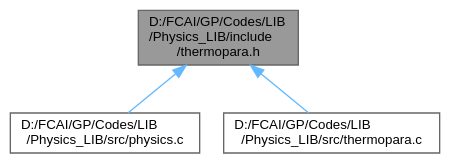
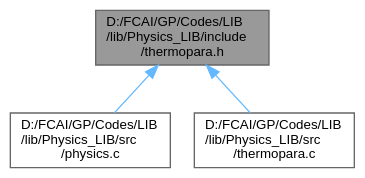
The diagram in thermopara_8h__dep__incl.dot (Computational-science-based-on-HPC/Computational-science-based-on-HPC.github.i), drawn with Graphviz before and after one commit. The commit also changed 103 other files, not shown here.

```diff
--- a/thermopara_8h__dep__incl.dot
+++ b/thermopara_8h__dep__incl.dot
@@ -1,12 +1,12 @@
-digraph "D:/FCAI/GP/Codes/LIB/Physics_LIB/include/thermopara.h"
+digraph "D:/FCAI/GP/Codes/LIB/lib/Physics_LIB/include/thermopara.h"
 {
  // LATEX_PDF_SIZE
   bgcolor="transparent";
   edge [fontname=Helvetica,fontsize=10,labelfontname=Helvetica,labelfontsize=10];
   node [fontname=Helvetica,fontsize=10,shape=box,height=0.2,width=0.4];
-  Node1 [id="Node000001",label="D:/FCAI/GP/Codes/LIB\l/Physics_LIB/include\l/thermopara.h",height=0.2,width=0.4,color="gray40", fillcolor="grey60", style="filled", fontcolor="black",tooltip=" "];
+  Node1 [id="Node000001",label="D:/FCAI/GP/Codes/LIB\l/lib/Physics_LIB/include\l/thermopara.h",height=0.2,width=0.4,color="gray40", fillcolor="grey60", style="filled", fontcolor="black",tooltip="This file contains the implementation of the parallel version of the heat transfer simulation in 1D a..."];
   Node1 -> Node2 [id="edge1_Node000001_Node000002",dir="back",color="steelblue1",style="solid",tooltip=" "];
-  Node2 [id="Node000002",label="D:/FCAI/GP/Codes/LIB\l/Physics_LIB/src/physics.c",height=0.2,width=0.4,color="grey40", fillcolor="white", style="filled",URL="$physics_8c.html",tooltip="This file contains collection of all simulations calls."];
+  Node2 [id="Node000002",label="D:/FCAI/GP/Codes/LIB\l/lib/Physics_LIB/src\l/physics.c",height=0.2,width=0.4,color="grey40", fillcolor="white", style="filled",URL="$physics_8c.html",tooltip="This file contains collection of all simulations calls."];
   Node1 -> Node3 [id="edge2_Node000001_Node000003",dir="back",color="steelblue1",style="solid",tooltip=" "];
-  Node3 [id="Node000003",label="D:/FCAI/GP/Codes/LIB\l/Physics_LIB/src/thermopara.c",height=0.2,width=0.4,color="grey40", fillcolor="white", style="filled",URL="$thermopara_8c.html",tooltip="This file contains the implementation of the parallel version of the heat transfer simulation in 1D a..."];
+  Node3 [id="Node000003",label="D:/FCAI/GP/Codes/LIB\l/lib/Physics_LIB/src\l/thermopara.c",height=0.2,width=0.4,color="grey40", fillcolor="white", style="filled",URL="$thermopara_8c.html",tooltip=" "];
 }
```
